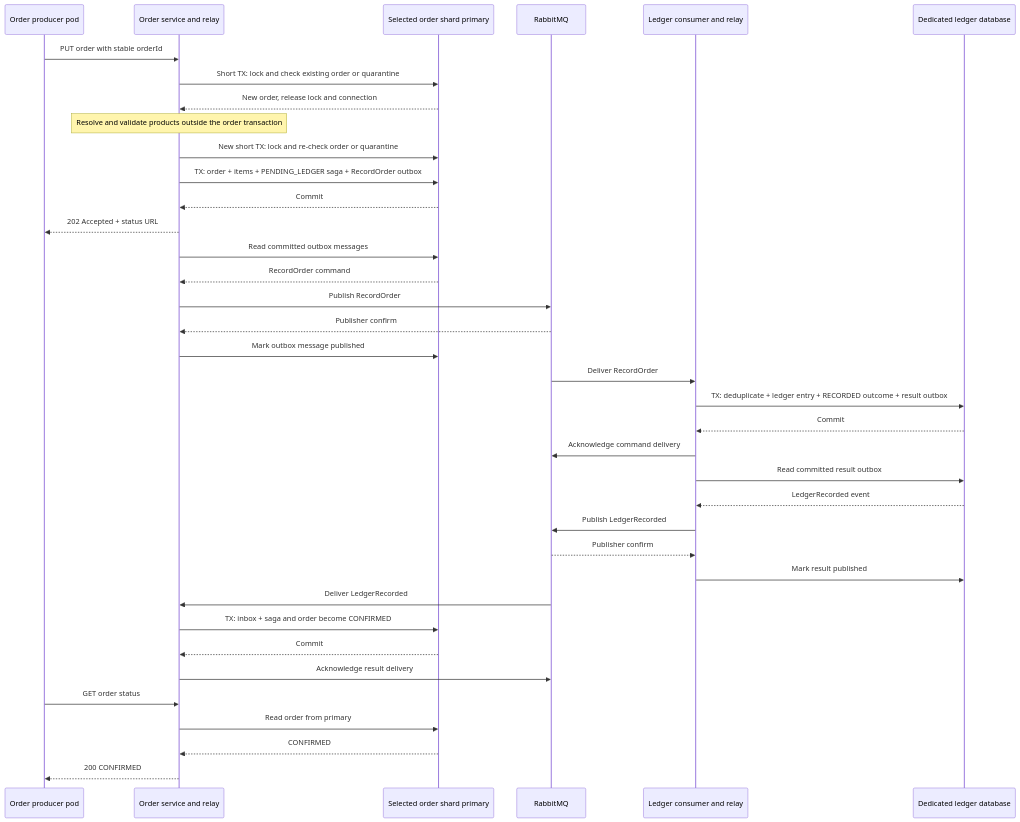
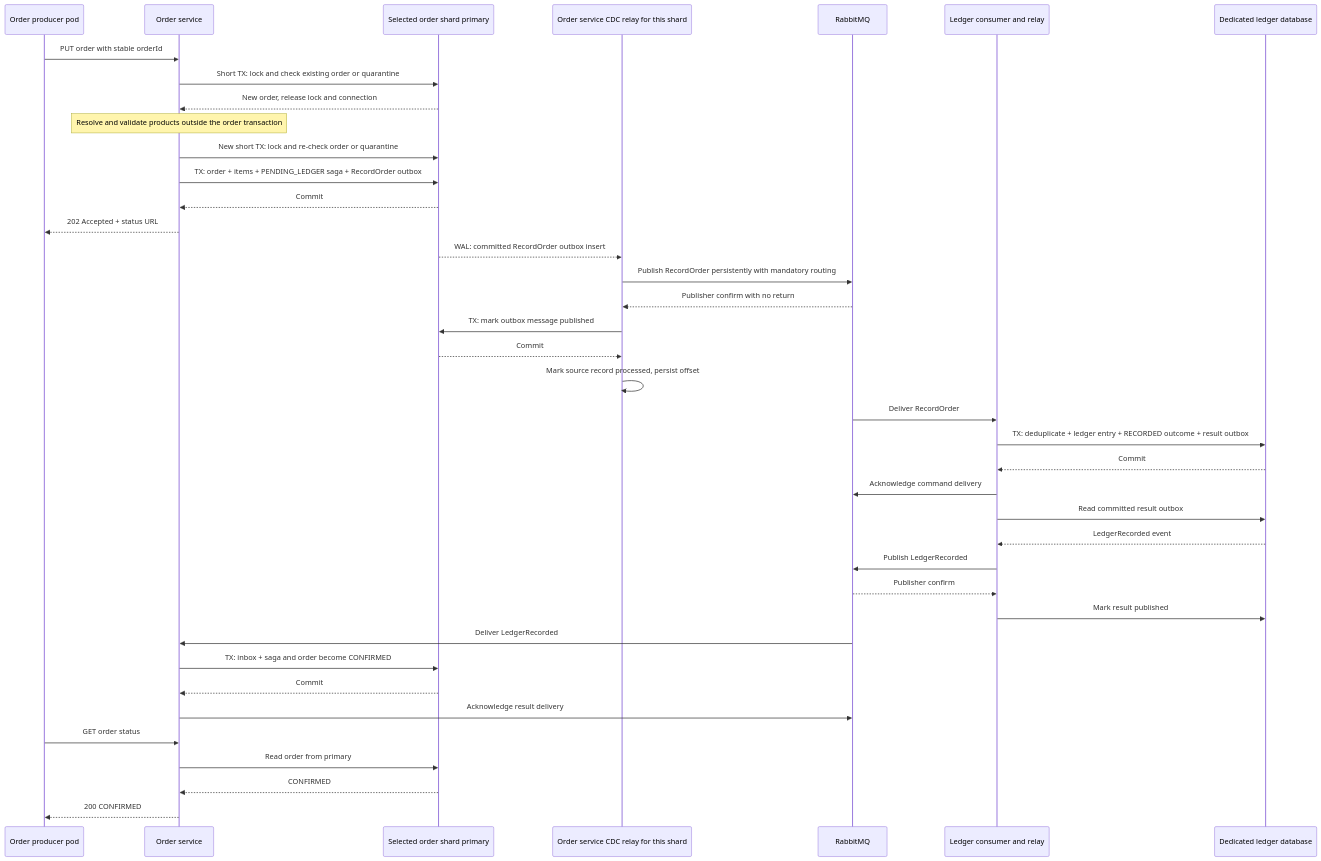
Before and after one commit to nklip/JavaCraft: the fourth of 7 diagrams in microservices/shardshop/ARCHITECTURE.md, drawn with Mermaid. The commit also changed other lines of this file and 6 other files, not shown here.

````diff
--- a/microservices/shardshop/ARCHITECTURE.md
+++ b/microservices/shardshop/ARCHITECTURE.md
@@ -567,43 +679,45 @@
 ```mermaid
 sequenceDiagram
     participant Client as Order producer pod
-    participant Order as Order service and relay
+    participant Order as Order service
     participant DB as Selected order shard primary
+    participant CDC as Order service CDC relay for this shard
     participant MQ as RabbitMQ
     participant Ledger as Ledger consumer and relay
     participant LDB as Dedicated ledger database
 
     Client->>Order: PUT order with stable orderId
     Order->>DB: Short TX: lock and check existing order or quarantine
     DB-->>Order: New order, release lock and connection
     Note over Order: Resolve and validate products outside the order transaction
     Order->>DB: New short TX: lock and re-check order or quarantine
     Order->>DB: TX: order + items + PENDING_LEDGER saga + RecordOrder outbox
     DB-->>Order: Commit
     Order-->>Client: 202 Accepted + status URL
 
-    Order->>DB: Read committed outbox messages
-    DB-->>Order: RecordOrder command
-    Order->>MQ: Publish RecordOrder
-    MQ-->>Order: Publisher confirm
-    Order->>DB: Mark outbox message published
+    DB-->>CDC: WAL: committed RecordOrder outbox insert
+    CDC->>MQ: Publish RecordOrder persistently with mandatory routing
+    MQ-->>CDC: Publisher confirm with no return
+    CDC->>DB: TX: mark outbox message published
+    DB-->>CDC: Commit
+    CDC->>CDC: Mark source record processed, persist offset
     MQ->>Ledger: Deliver RecordOrder
     Ledger->>LDB: TX: deduplicate + ledger entry + RECORDED outcome + result outbox
     LDB-->>Ledger: Commit
     Ledger->>MQ: Acknowledge command delivery
 
     Ledger->>LDB: Read committed result outbox
     LDB-->>Ledger: LedgerRecorded event
     Ledger->>MQ: Publish LedgerRecorded
     MQ-->>Ledger: Publisher confirm
     Ledger->>LDB: Mark result published
     MQ->>Order: Deliver LedgerRecorded
     Order->>DB: TX: inbox + saga and order become CONFIRMED
     DB-->>Order: Commit
     Order->>MQ: Acknowledge result delivery
 
     Client->>Order: GET order status
     Order->>DB: Read order from primary
     DB-->>Order: CONFIRMED
     Order-->>Client: 200 CONFIRMED
 ```
````
